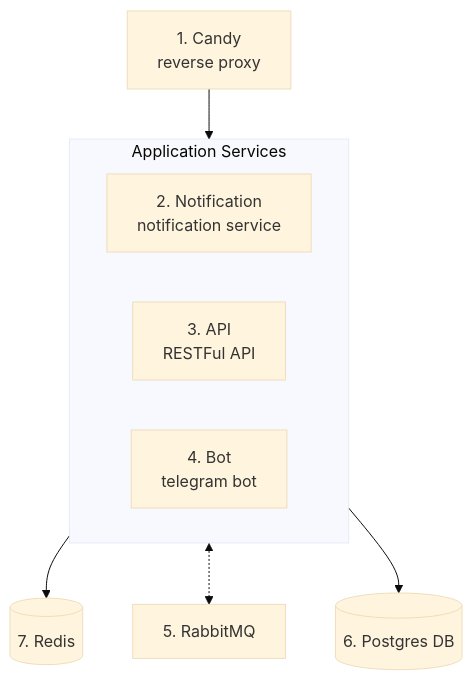
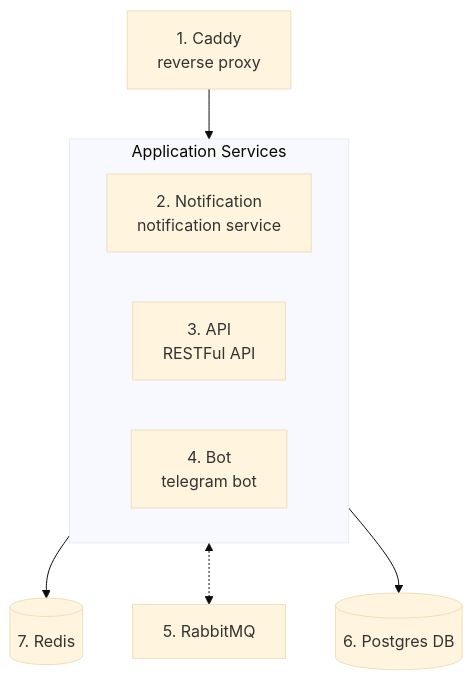
Before and after one commit to sasha4ka/barber-bot: the diagram in README.md, drawn with Mermaid (base theme). The commit also changed other lines of this file, not shown here.

````diff
--- a/README.md
+++ b/README.md
@@ -11,24 +11,24 @@
 ```mermaid
 flowchart TD
-  Candy["1. Candy<br/>reverse proxy"]
+  Caddy["1. Caddy<br/>reverse proxy"]
 
   subgraph Services["Application Services"]
     direction LR
     Notification["2. Notification<br/>notification service"]
     API["3. API<br/>RESTFul API"]
     Bot["4. Bot<br/>telegram bot"]
   end
 
   RabbitMQ["5. RabbitMQ"]
   PostgresDB[("6. Postgres DB")]
   Redis[("7. Redis")]
 
-  Candy --> Services
+  Caddy --> Services
   Services <-.-> RabbitMQ
   
   Services --> PostgresDB
   Bot --> Redis
 
   classDef subgraphClass stroke-opacity:0.5
   class Services subgraphClass
 ```
````
